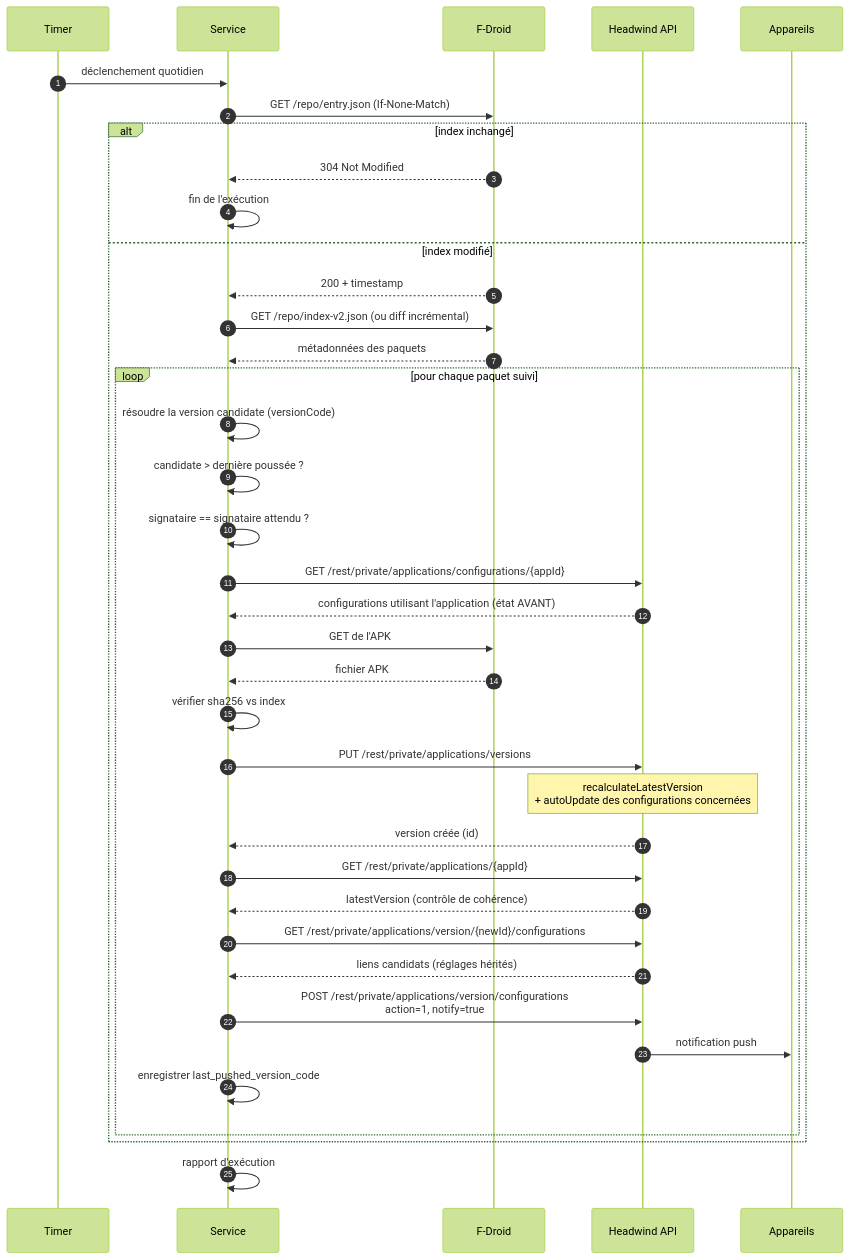
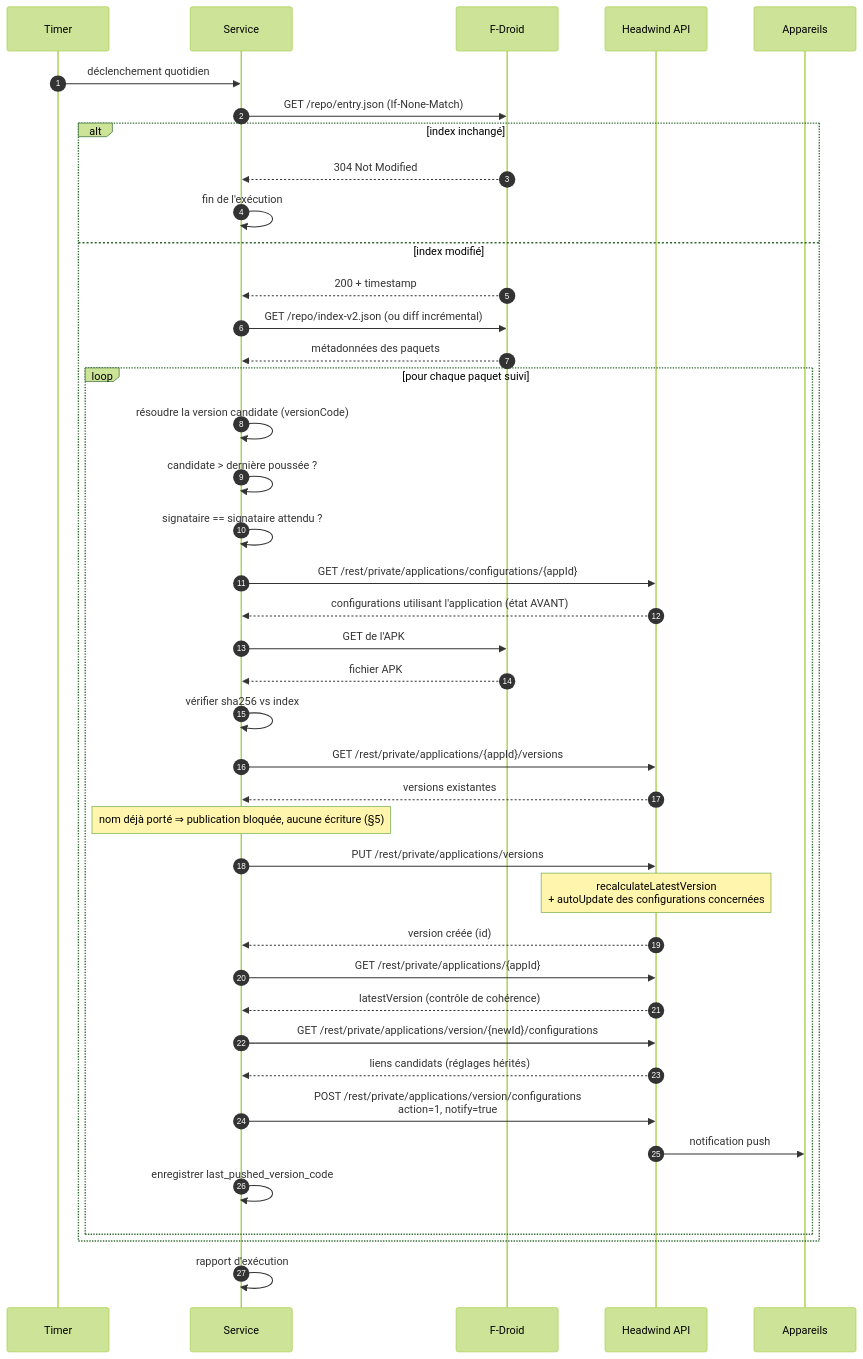
One commit to Sarcouy/fdroid-headwind-mirror changed the second of 5 diagrams in docs/architecture.md. Above: the diagram before and after it, drawn with Mermaid (forest theme). The commit also changed other lines of this file and 6 other files, not shown here.

````diff
--- a/docs/architecture.md
+++ b/docs/architecture.md
@@ -156,49 +158,53 @@
 ```mermaid
 sequenceDiagram
     autonumber
     participant T as Timer
     participant S as Service
     participant F as F-Droid
     participant H as Headwind API
     participant D as Appareils
 
     T->>S: déclenchement quotidien
     S->>F: GET /repo/entry.json (If-None-Match)
     alt index inchangé
         F-->>S: 304 Not Modified
         S->>S: fin de l'exécution
     else index modifié
         F-->>S: 200 + timestamp
         S->>F: GET /repo/index-v2.json (ou diff incrémental)
         F-->>S: métadonnées des paquets
 
         loop pour chaque paquet suivi
             S->>S: résoudre la version candidate (versionCode)
             S->>S: candidate > dernière poussée ?
             S->>S: signataire == signataire attendu ?
 
             S->>H: GET /rest/private/applications/configurations/{appId}
             H-->>S: configurations utilisant l'application (état AVANT)
 
             S->>F: GET de l'APK
             F-->>S: fichier APK
             S->>S: vérifier sha256 vs index
 
+            S->>H: GET /rest/private/applications/{appId}/versions
+            H-->>S: versions existantes
+            Note over S: nom déjà porté ⇒ publication bloquée, aucune écriture (§5)
+
             S->>H: PUT /rest/private/applications/versions
             Note over H: recalculateLatestVersion<br/>+ autoUpdate des configurations concernées
             H-->>S: version créée (id)
 
             S->>H: GET /rest/private/applications/{appId}
             H-->>S: latestVersion (contrôle de cohérence)
 
             S->>H: GET /rest/private/applications/version/{newId}/configurations
             H-->>S: liens candidats (réglages hérités)
 
             S->>H: POST /rest/private/applications/version/configurations<br/>action=1, notify=true
             H->>D: notification push
             S->>S: enregistrer last_pushed_version_code
         end
     end
 
     S->>S: rapport d'exécution
 ```
````
